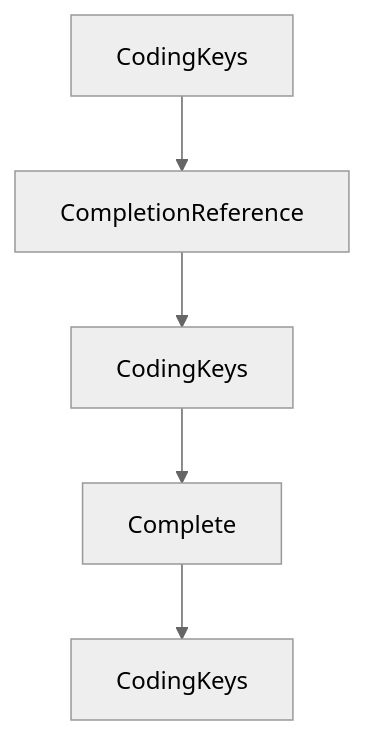
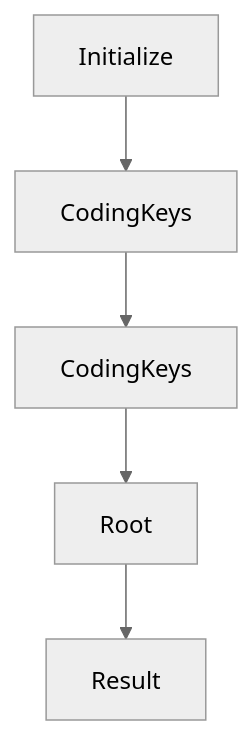
One commit to johnxie/awesome-code-docs changed the diagram in tutorials/mcp-swift-sdk-tutorial/08-release-versioning-and-production-guidelines.md. Above: the diagram before and after it, drawn with Mermaid (neutral theme). The commit also changed other lines of this file and 1232 other files, not shown here.

````diff
--- a/tutorials/mcp-swift-sdk-tutorial/08-release-versioning-and-production-guidelines.md
+++ b/tutorials/mcp-swift-sdk-tutorial/08-release-versioning-and-production-guidelines.md
@@ -213,12 +211,12 @@
 ```mermaid
 flowchart TD
-    A[CodingKeys]
-    B[CompletionReference]
+    A[Initialize]
+    B[CodingKeys]
     C[CodingKeys]
-    D[Complete]
-    E[CodingKeys]
+    D[Root]
+    E[Result]
     A --> B
     B --> C
     C --> D
     D --> E
 ```
````
